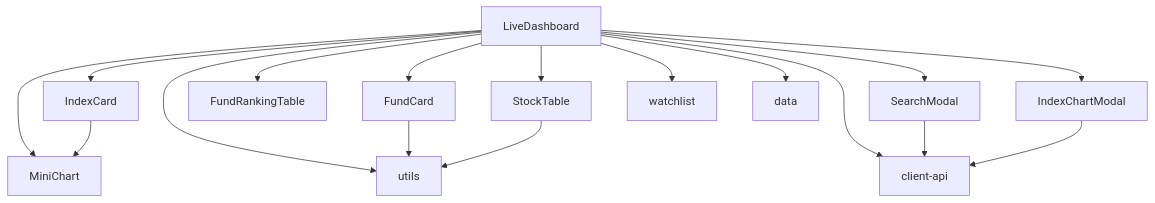
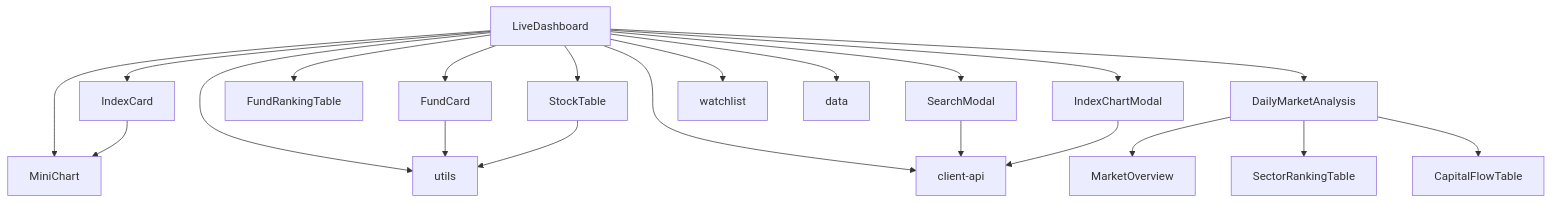
Before and after one commit to Neveryu/react-fund: diagram 17 of 17 in .qoder/repowiki/zh/content/核心组件系统/LiveDashboard 主面板组件.md, drawn with Mermaid. The commit also changed other lines of this file and 15 other files, not shown here.

````diff
--- a/.qoder/repowiki/zh/content/核心组件系统/LiveDashboard 主面板组件.md
+++ b/.qoder/repowiki/zh/content/核心组件系统/LiveDashboard 主面板组件.md
@@ -433,19 +645,23 @@
 ```mermaid
 graph TD
 LiveDashboard --> IndexCard
 LiveDashboard --> StockTable
 LiveDashboard --> FundCard
 LiveDashboard --> FundRankingTable
 LiveDashboard --> SearchModal
 LiveDashboard --> IndexChartModal
 LiveDashboard --> MiniChart
+LiveDashboard --> DailyMarketAnalysis
+DailyMarketAnalysis --> MarketOverview
+DailyMarketAnalysis --> SectorRankingTable
+DailyMarketAnalysis --> CapitalFlowTable
 LiveDashboard --> client-api
 LiveDashboard --> watchlist
 LiveDashboard --> data
 LiveDashboard --> utils
 SearchModal --> client-api
 IndexChartModal --> client-api
 IndexCard --> MiniChart
 FundCard --> utils
 StockTable --> utils
 ```
````
